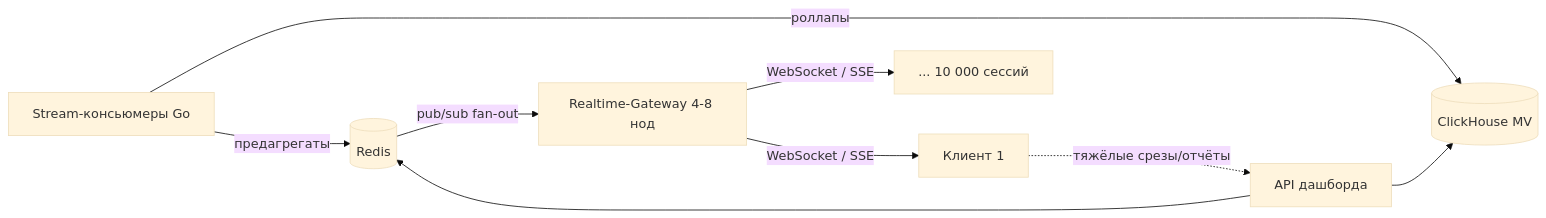
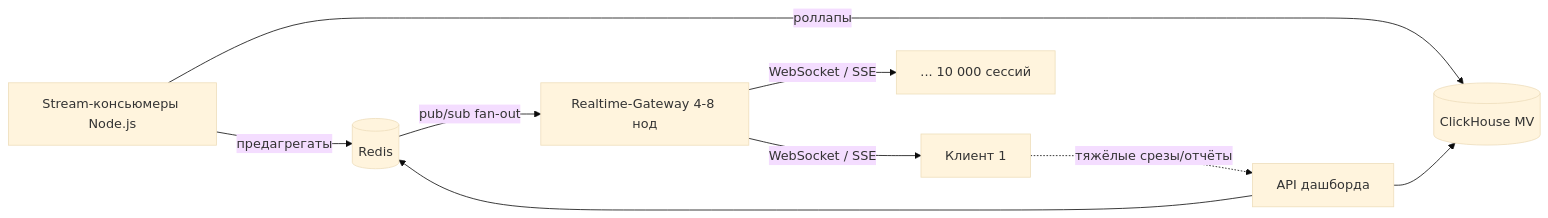
The fifth of 20 diagrams in System Design/9. Backend System Design Interview Pipeline (Marketing Dashboard).md (A1doranM/HowProgrammingWork), drawn with Mermaid (base theme) before and after one commit. The commit also changed other lines of this file, not shown here.

````diff
--- a/System Design/9. Backend System Design Interview Pipeline (Marketing Dashboard).md
+++ b/System Design/9. Backend System Design Interview Pipeline (Marketing Dashboard).md
@@ -536,11 +536,11 @@
 ```mermaid
 graph LR
-    KW["Stream-консьюмеры Go"] -->|"роллапы"| CH[("ClickHouse MV")]
+    KW["Stream-консьюмеры Node.js"] -->|"роллапы"| CH[("ClickHouse MV")]
     KW -->|"предагрегаты"| R[("Redis")]
     R -->|"pub/sub fan-out"| GW["Realtime-Gateway 4-8 нод"]
     GW -->|"WebSocket / SSE"| C1["Клиент 1"]
     GW -->|"WebSocket / SSE"| Cn["... 10 000 сессий"]
     C1 -.->|"тяжёлые срезы/отчёты"| API["API дашборда"]
     API --> R
     API --> CH
 ```
````
